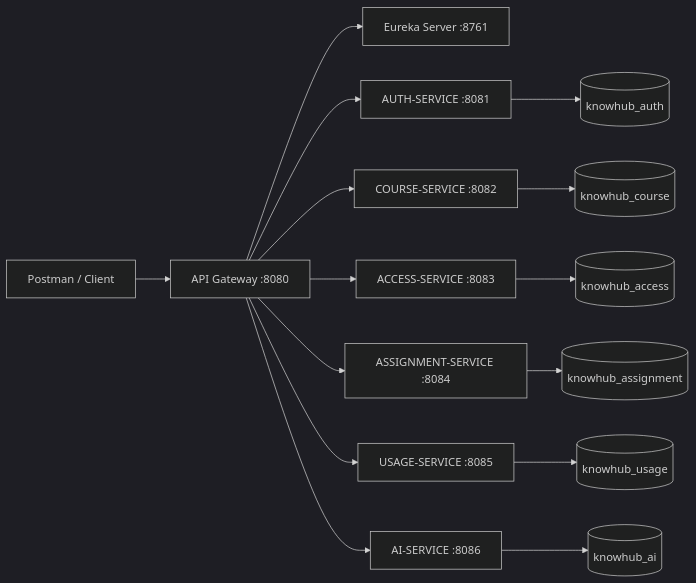
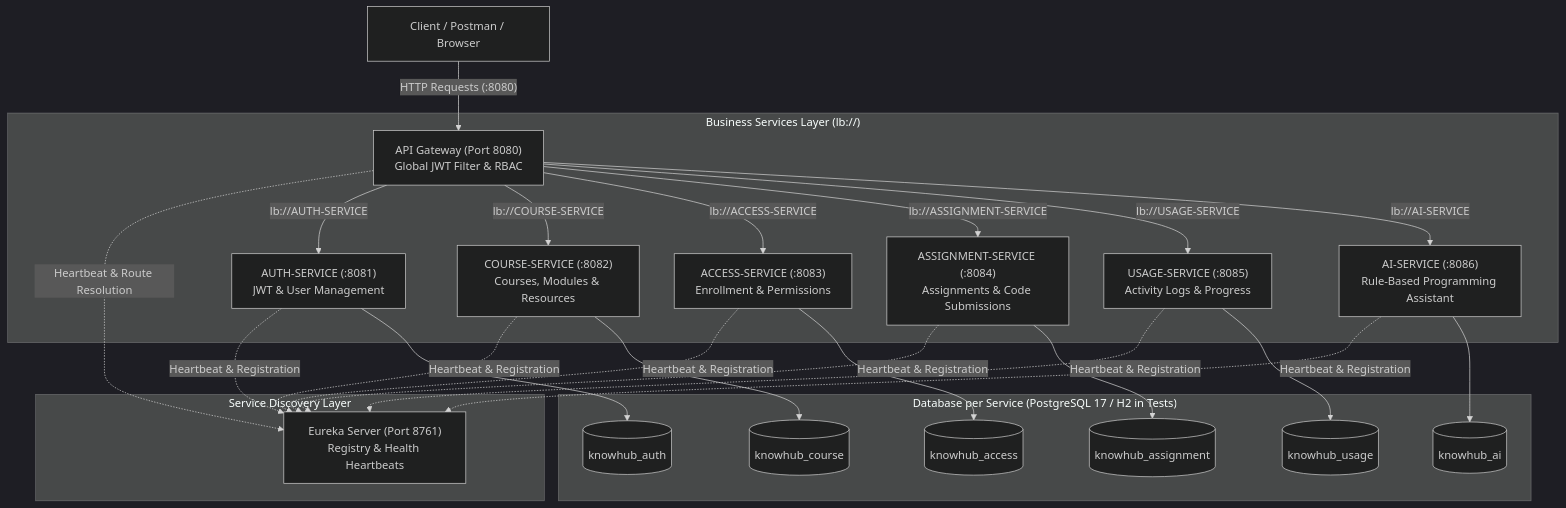
The diagram in README.md (siddu563/SOA_Project_Review2), drawn with Mermaid (dark theme) before and after one commit. The commit also changed other lines of this file and 70 other files, not shown here.

````diff
--- a/README.md
+++ b/README.md
@@ -7,17 +22,34 @@
 ```mermaid
-flowchart LR
-  Client[Postman / Client] --> Gateway[API Gateway :8080]
-  Gateway --> Eureka[Eureka Server :8761]
-  Gateway --> Auth[AUTH-SERVICE :8081]
-  Gateway --> Course[COURSE-SERVICE :8082]
-  Gateway --> Access[ACCESS-SERVICE :8083]
-  Gateway --> Assignment[ASSIGNMENT-SERVICE :8084]
-  Gateway --> Usage[USAGE-SERVICE :8085]
-  Gateway --> AI[AI-SERVICE :8086]
-  Auth --> AuthDB[(knowhub_auth)]
-  Course --> CourseDB[(knowhub_course)]
-  Access --> AccessDB[(knowhub_access)]
-  Assignment --> AssignmentDB[(knowhub_assignment)]
-  Usage --> UsageDB[(knowhub_usage)]
-  AI --> AIDB[(knowhub_ai)]
+flowchart TD
+    Client["Client / Postman / Browser"] -->|"HTTP Requests (:8080)"| Gateway["API Gateway (Port 8080)\nGlobal JWT Filter & RBAC"]
+    
+    subgraph Discovery ["Service Discovery Layer"]
+        Eureka["Eureka Server (Port 8761)\nRegistry & Health Heartbeats"]
+    end
+
+    Gateway -.->|"Heartbeat & Route Resolution"| Eureka
+    Auth -.->|"Heartbeat & Registration"| Eureka
+    Course -.->|"Heartbeat & Registration"| Eureka
+    Access -.->|"Heartbeat & Registration"| Eureka
+    Assignment -.->|"Heartbeat & Registration"| Eureka
+    Usage -.->|"Heartbeat & Registration"| Eureka
+    AI -.->|"Heartbeat & Registration"| Eureka
+
+    subgraph Microservices ["Business Services Layer (lb://)"]
+        Gateway -->|"lb://AUTH-SERVICE"| Auth["AUTH-SERVICE (:8081)\nJWT & User Management"]
+        Gateway -->|"lb://COURSE-SERVICE"| Course["COURSE-SERVICE (:8082)\nCourses, Modules & Resources"]
+        Gateway -->|"lb://ACCESS-SERVICE"| Access["ACCESS-SERVICE (:8083)\nEnrollment & Permissions"]
+        Gateway -->|"lb://ASSIGNMENT-SERVICE"| Assignment["ASSIGNMENT-SERVICE (:8084)\nAssignments & Code Submissions"]
+        Gateway -->|"lb://USAGE-SERVICE"| Usage["USAGE-SERVICE (:8085)\nActivity Logs & Progress"]
+        Gateway -->|"lb://AI-SERVICE"| AI["AI-SERVICE (:8086)\nRule-Based Programming Assistant"]
+    end
+
+    subgraph Storage ["Database per Service (PostgreSQL 17 / H2 in Tests)"]
+        Auth --> AuthDB[("knowhub_auth")]
+        Course --> CourseDB[("knowhub_course")]
+        Access --> AccessDB[("knowhub_access")]
+        Assignment --> AssignmentDB[("knowhub_assignment")]
+        Usage --> UsageDB[("knowhub_usage")]
+        AI --> AIDB[("knowhub_ai")]
+    end
 ```
````
